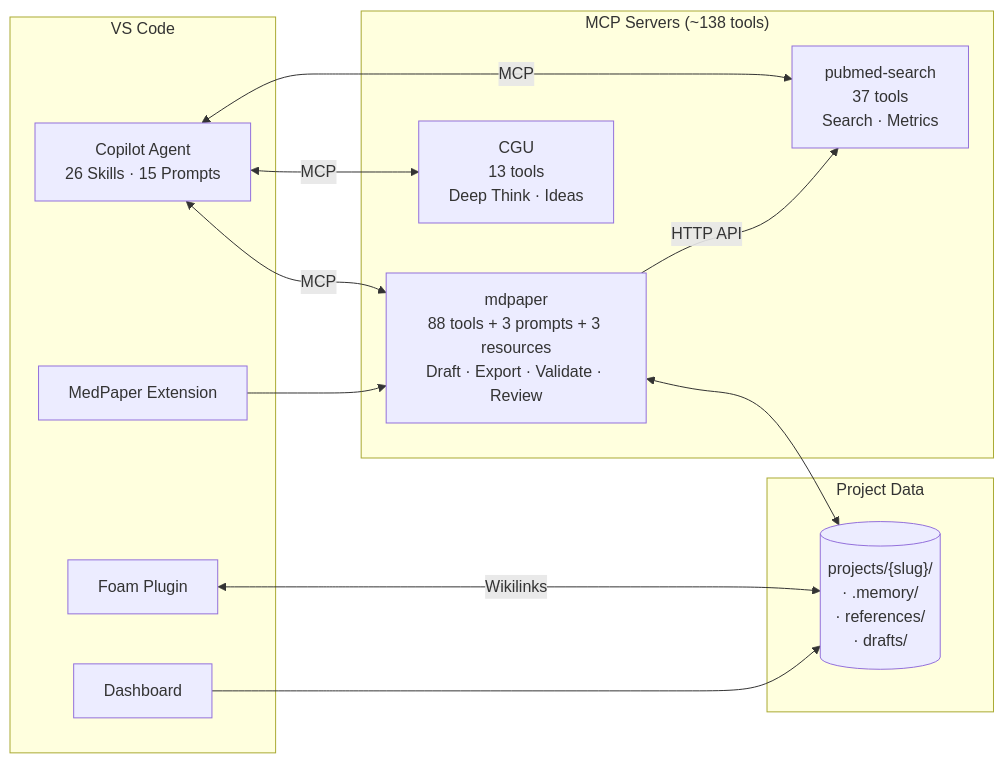
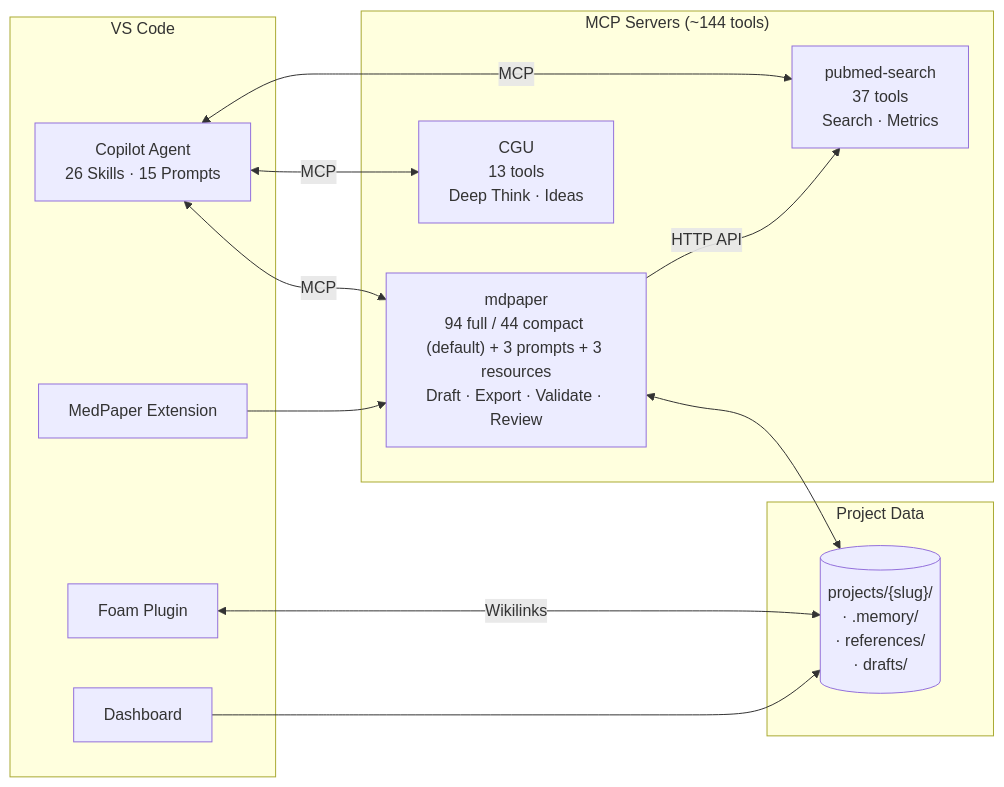
One commit to u9401066/med-paper-assistant changed the diagram in README.md. Above: the diagram before and after it, drawn with Mermaid. The commit also changed other lines of this file and 13 other files, not shown here.

````diff
--- a/README.md
+++ b/README.md
@@ -45,28 +45,28 @@
 ```mermaid
 flowchart LR
     subgraph IDE["VS Code"]
         Agent["Copilot Agent<br/>26 Skills · 15 Prompts"]
         Foam[Foam Plugin]
         Ext[MedPaper Extension]
         Dash[Dashboard]
     end
 
-    subgraph MCP["MCP Servers (~138 tools)"]
-      mdpaper["mdpaper<br/>88 tools + 3 prompts + 3 resources<br/>Draft · Export · Validate · Review"]
+    subgraph MCP["MCP Servers (~144 tools)"]
+      mdpaper["mdpaper<br/>94 full / 44 compact (default) + 3 prompts + 3 resources<br/>Draft · Export · Validate · Review"]
         pubmed["pubmed-search<br/>37 tools<br/>Search · Metrics"]
         cgu["CGU<br/>13 tools<br/>Deep Think · Ideas"]
     end
 
     subgraph Data["Project Data"]
         proj[("projects/{slug}/<br/>· .memory/<br/>· references/<br/>· drafts/")]
     end
 
     Agent <-->|MCP| mdpaper
     Agent <-->|MCP| pubmed
     Agent <-->|MCP| cgu
     mdpaper -->|HTTP API| pubmed
     Foam <-->|Wikilinks| proj
     mdpaper <--> proj
     Ext --> mdpaper
     Dash --> proj
 ```
````
